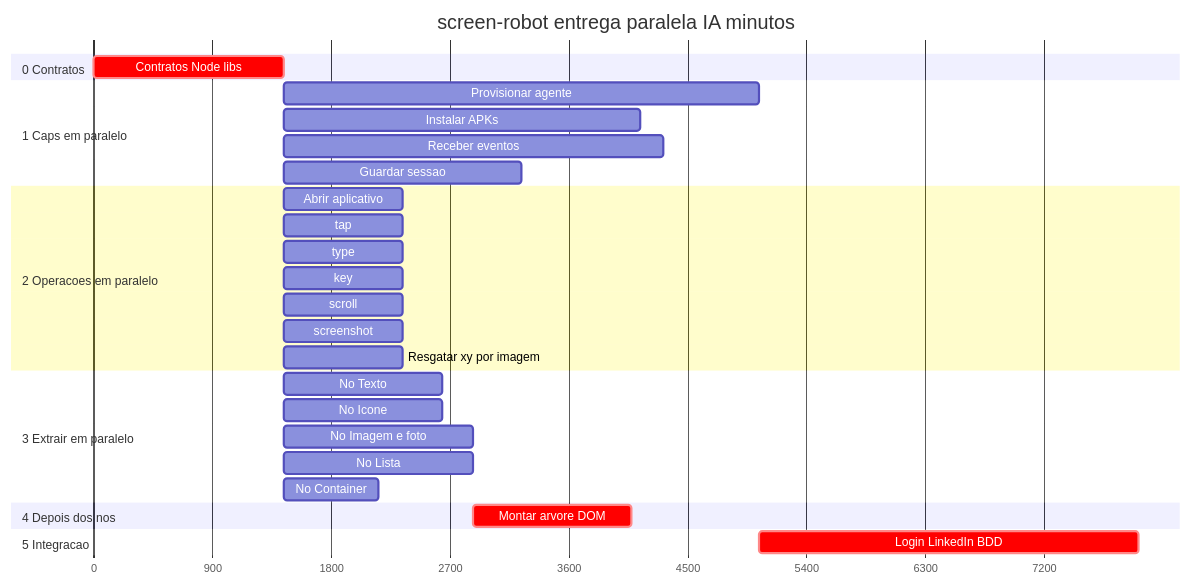
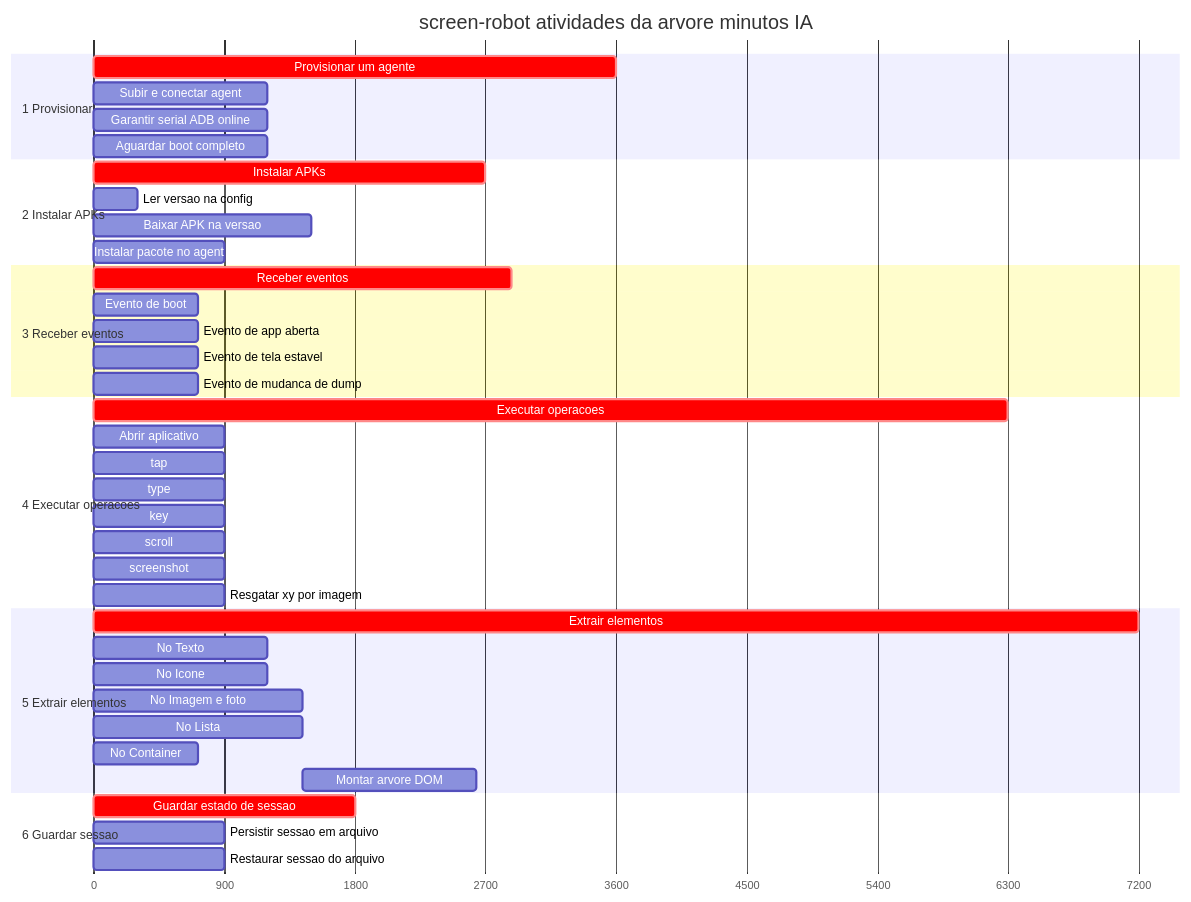
One commit to laerciogermano/workstation changed the first of 2 diagrams in core/tasks/README.md. Above: the diagram before and after it, drawn with Mermaid. The commit also changed other lines of this file, not shown here.

Commit message:
Alinha o Gantt às atividades da árvore do screen-robot.
Remove unidades inventadas; cada barra usa nome e minutos das atividades descritas.

````diff
--- a/core/tasks/README.md
+++ b/core/tasks/README.md
@@ -61,37 +57,49 @@
 ```mermaid
 gantt
-  title screen-robot entrega paralela IA minutos
+  title screen-robot atividades da arvore minutos IA
   dateFormat X
   axisFormat %s
 
-  section 0 Contratos
-  Contratos Node libs          :crit, f0, 0, 24m
+  section 1 Provisionar
+  Provisionar um agente              :crit, p0, 0, 60m
+  Subir e conectar agent             :p1, 0, 20m
+  Garantir serial ADB online         :p2, 0, 20m
+  Aguardar boot completo             :p3, 0, 20m
 
-  section 1 Caps em paralelo
-  Provisionar agente           :p0, after f0, 60m
-  Instalar APKs                :i0, after f0, 45m
-  Receber eventos              :e0, after f0, 48m
-  Guardar sessao               :s0, after f0, 30m
+  section 2 Instalar APKs
+  Instalar APKs                      :crit, i0, 0, 45m
+  Ler versao na config               :i1, 0, 5m
+  Baixar APK na versao               :i2, 0, 25m
+  Instalar pacote no agent           :i3, 0, 15m
 
-  section 2 Operacoes em paralelo
-  Abrir aplicativo             :o1, after f0, 15m
-  tap                          :o2, after f0, 15m
-  type                         :o3, after f0, 15m
-  key                          :o4, after f0, 15m
-  scroll                       :o5, after f0, 15m
-  screenshot                   :o6, after f0, 15m
-  Resgatar xy por imagem       :o7, after f0, 15m
+  section 3 Receber eventos
+  Receber eventos                    :crit, e0, 0, 48m
+  Evento de boot                     :e1, 0, 12m
+  Evento de app aberta               :e2, 0, 12m
+  Evento de tela estavel             :e3, 0, 12m
+  Evento de mudanca de dump          :e4, 0, 12m
 
-  section 3 Extrair em paralelo
-  No Texto                     :x1, after f0, 20m
-  No Icone                     :x2, after f0, 20m
-  No Imagem e foto             :x3, after f0, 24m
-  No Lista                     :x4, after f0, 24m
-  No Container                 :x5, after f0, 12m
+  section 4 Executar operacoes
+  Executar operacoes                 :crit, o0, 0, 105m
+  Abrir aplicativo                   :o1, 0, 15m
+  tap                                :o2, 0, 15m
+  type                               :o3, 0, 15m
+  key                                :o4, 0, 15m
+  scroll                             :o5, 0, 15m
+  screenshot                         :o6, 0, 15m
+  Resgatar xy por imagem             :o7, 0, 15m
 
-  section 4 Depois dos nos
-  Montar arvore DOM            :crit, x6, after x3, 20m
+  section 5 Extrair elementos
+  Extrair elementos                  :crit, x0, 0, 120m
+  No Texto                           :x1, 0, 20m
+  No Icone                           :x2, 0, 20m
+  No Imagem e foto                   :x3, 0, 24m
+  No Lista                           :x4, 0, 24m
+  No Container                       :x5, 0, 12m
+  Montar arvore DOM                  :x6, after x3, 20m
 
-  section 5 Integracao
-  Login LinkedIn BDD           :crit, b0, after p0, 48m
+  section 6 Guardar sessao
+  Guardar estado de sessao           :crit, s0, 0, 30m
+  Persistir sessao em arquivo        :s1, 0, 15m
+  Restaurar sessao do arquivo        :s2, 0, 15m
 ```
````
